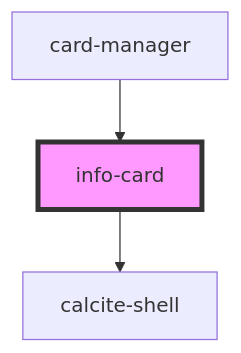
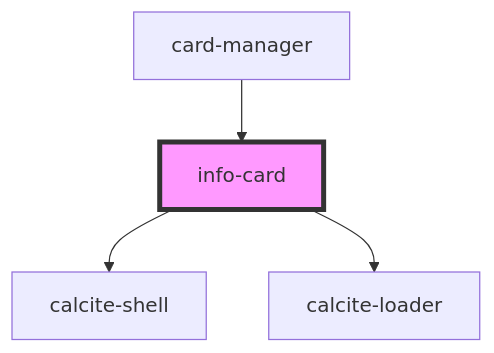
One commit to Esri/solutions-components changed the diagram in src/components/info-card/readme.md. Above: the diagram before and after it, drawn with Mermaid. The commit also changed other lines of this file and 19 other files, not shown here.

````diff
--- a/src/components/info-card/readme.md
+++ b/src/components/info-card/readme.md
@@ -27,6 +29,7 @@
 ```mermaid
 graph TD;
   info-card --> calcite-shell
+  info-card --> calcite-loader
   card-manager --> info-card
   style info-card fill:#f9f,stroke:#333,stroke-width:4px
 ```
````
